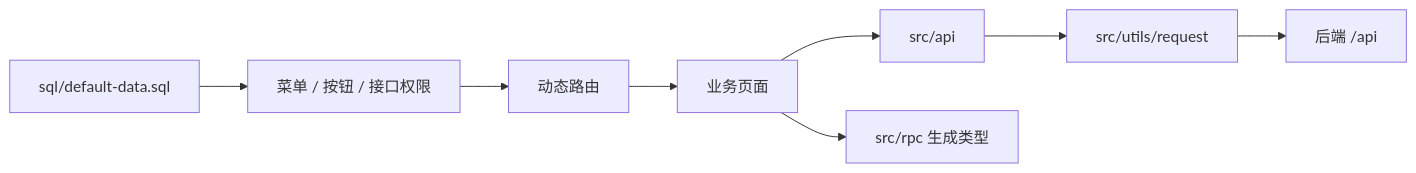
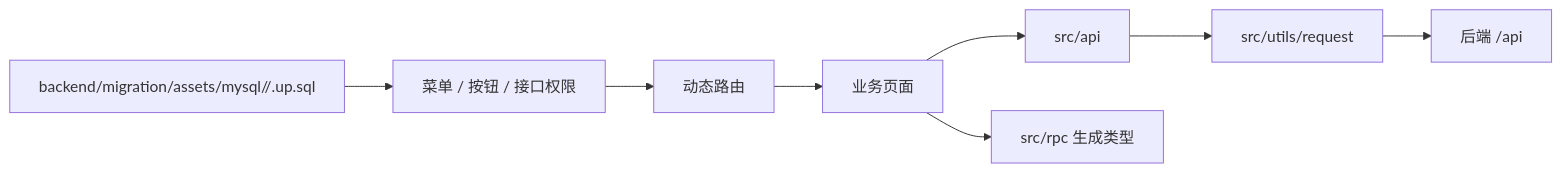
Before and after one commit to liujitcn/kratos-admin: the diagram in docs/管理后台设计.md, drawn with Mermaid. The commit also changed 75 other files, not shown here.

````diff
--- a/docs/管理后台设计.md
+++ b/docs/管理后台设计.md
@@ -27,10 +27,10 @@
 ```mermaid
 flowchart LR
   Page["业务页面"] --> API["src/api"]
   Page --> RPC["src/rpc 生成类型"]
   API --> Request["src/utils/request"]
   Request --> Backend["后端 /api"]
-  SQL["sql/default-data.sql"] --> Menu["菜单 / 按钮 / 接口权限"]
+  SQL["backend/migration/assets/mysql/<version>/<feature>.up.sql"] --> Menu["菜单 / 按钮 / 接口权限"]
   Menu --> Router["动态路由"]
   Router --> Page
 ```
````
